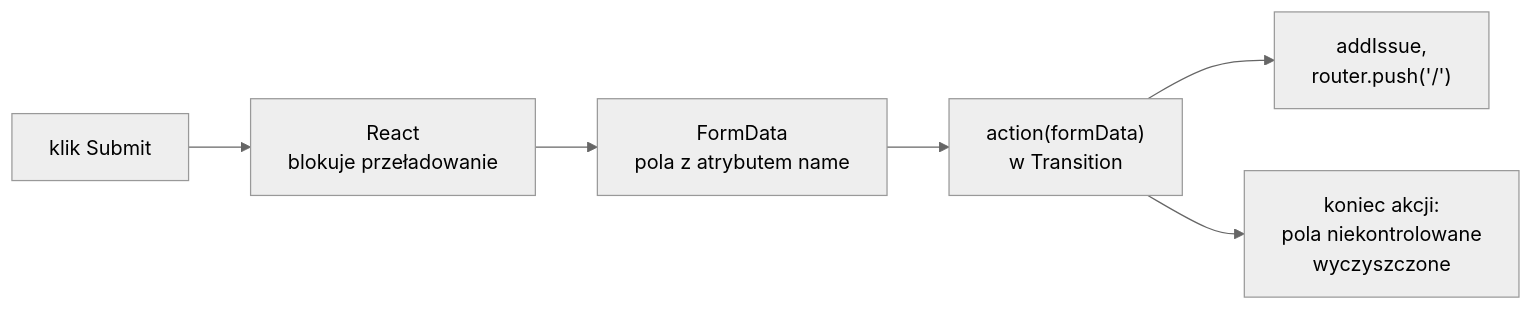
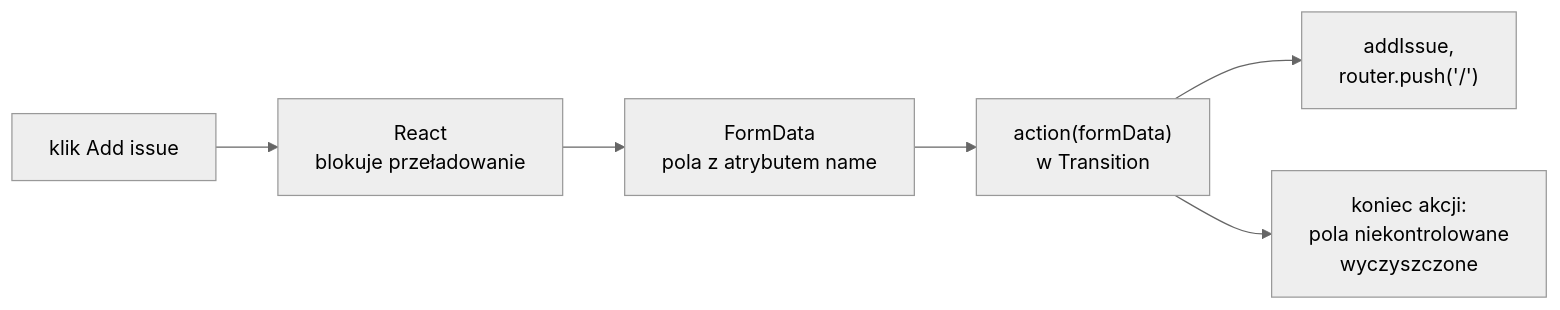
One commit to mmiotk/frontend-development-ug changed the diagram in lecture03/slides/slide_07_form-action.md. Above: the diagram before and after it, drawn with Mermaid (neutral theme). The commit also changed other lines of this file and 48 other files, not shown here.

````diff
--- a/lecture03/slides/slide_07_form-action.md
+++ b/lecture03/slides/slide_07_form-action.md
@@ -175,9 +171,9 @@
 ```mermaid
 %%{init: {"flowchart": {"wrappingWidth": 360}}}%%
 flowchart LR
-    U["klik Submit"] --> R["React<br/>blokuje przeładowanie"]
+    U["klik Add issue"] --> R["React<br/>blokuje przeładowanie"]
     R --> F["FormData<br/>pola z atrybutem name"]
     F --> A["action(formData)<br/>w Transition"]
     A --> S["addIssue,<br/>router.push('/')"]
     A --> C["koniec akcji:<br/>pola niekontrolowane<br/>wyczyszczone"]
 ```
````
